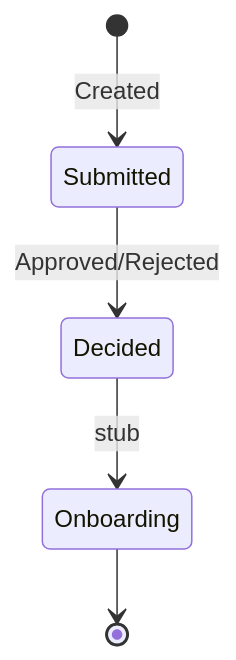
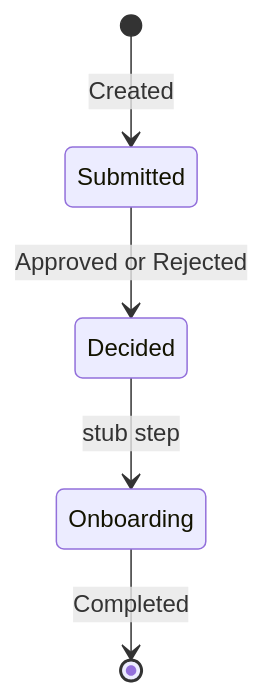
Before and after one commit to fdeniz07/BankApp: the first of 2 diagrams in docs/learning/tr/15-saga.md, drawn with Mermaid. The commit also changed other lines of this file and 105 other files, not shown here.

First line of the commit message:
doc: Enrich learning chapters with labs, pitfalls, and safe Mermaid

````diff
--- a/docs/learning/tr/15-saga.md
+++ b/docs/learning/tr/15-saga.md
@@ -10,7 +13,7 @@
 ```mermaid
 stateDiagram-v2
   [*] --> Submitted: Created
-  Submitted --> Decided: Approved/Rejected
-  Decided --> Onboarding: stub
-  Onboarding --> [*]
+  Submitted --> Decided: Approved or Rejected
+  Decided --> Onboarding: stub step
+  Onboarding --> [*]: Completed
 ```
````
